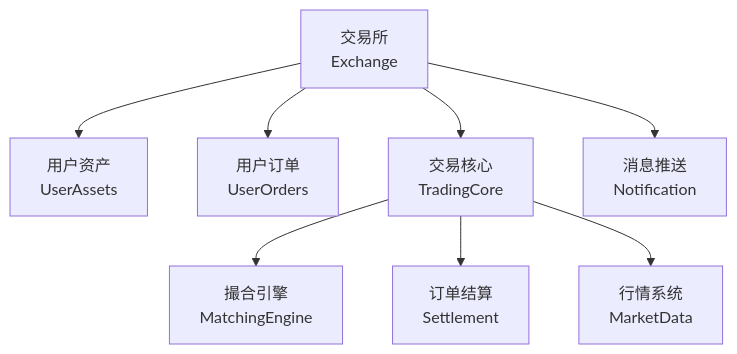
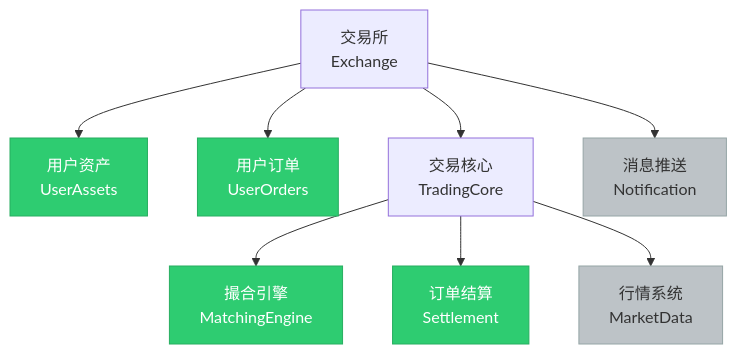
The diagram in readme.md (yzimhao/trading_engine), drawn with Mermaid before and after one commit.

````diff
--- a/readme.md
+++ b/readme.md
@@ -17,12 +17,22 @@
 ```mermaid
 graph TD
+    classDef done fill:#2ecc71,stroke:#27ae60,color:#fff  
+    classDef pending fill:#bdc3c7,stroke:#95a5a6,color:#333
+
     A[交易所<br>Exchange]
     A --> AA[用户资产<br>UserAssets]
+    class AA done
+
     A --> AB[用户订单<br>UserOrders]
+    class AB done
     A --> AC[交易核心<br>TradingCore]
     A --> AD[消息推送<br>Notification]
+    class AD pending
 
     AC --> AC1[撮合引擎<br>MatchingEngine]
+    class AC1 done
     AC --> AC2[订单结算<br>Settlement]
-    AC --> AC5[行情系统<br>MarketData]
+    class AC2 done
+    AC --> AC3[行情系统<br>MarketData]
+    class AC3 pending
 ```
````
